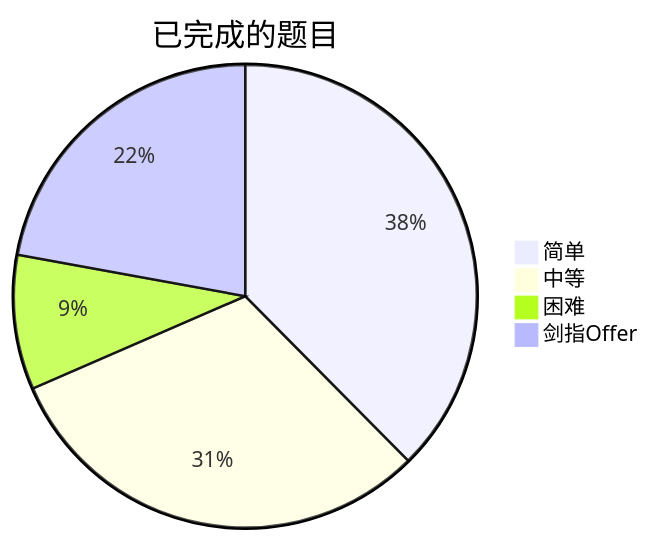
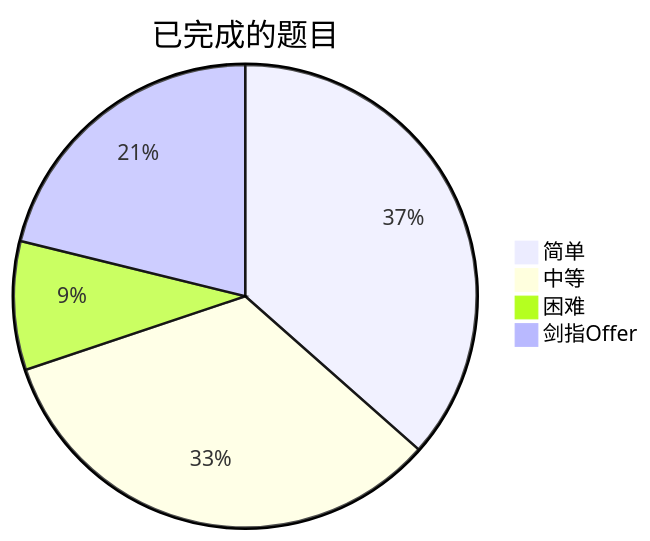
The diagram in README.md (kaisa911/LeetCode), drawn with Mermaid before and after one commit. The commit also changed other lines of this file and 17 other files, not shown here.

````diff
--- a/README.md
+++ b/README.md
@@ -9,7 +9,7 @@
 ```mermaid
 pie title 已完成的题目
-    "简单" : 124
-    "中等" : 102
+    "简单" : 126
+    "中等" : 115
     "困难" : 31
     "剑指Offer" : 73
 ```
````
